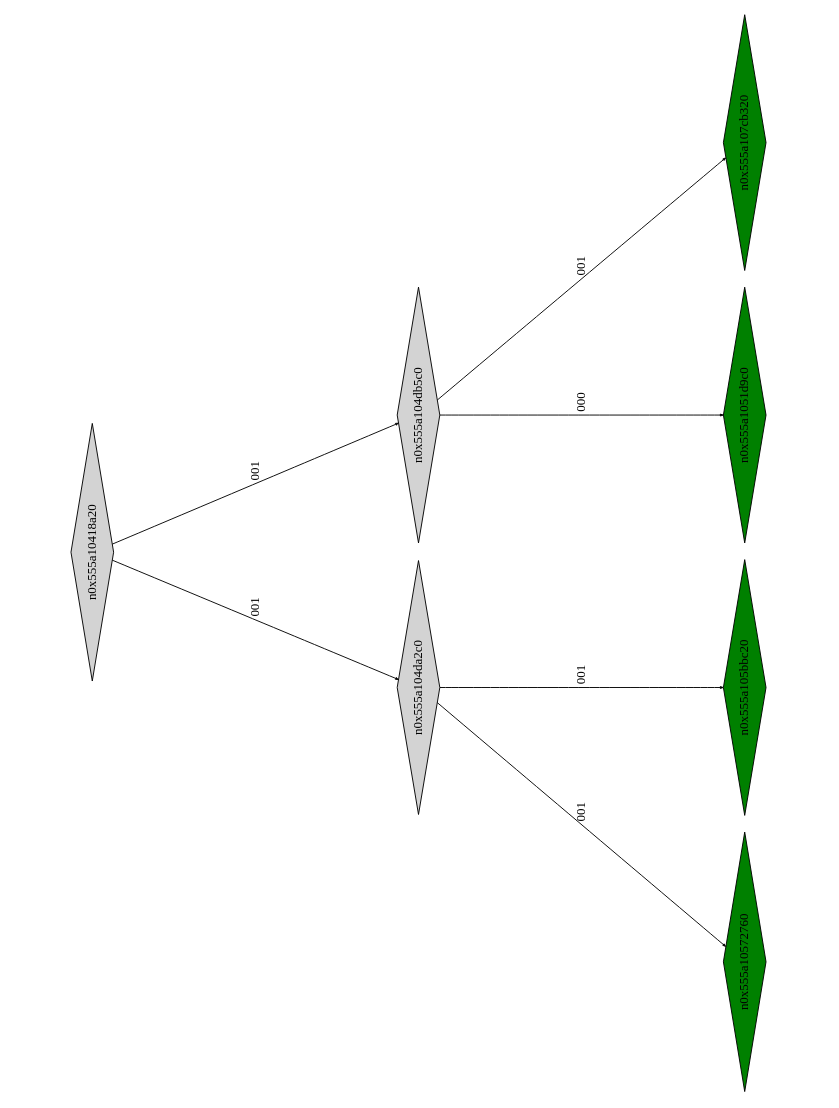
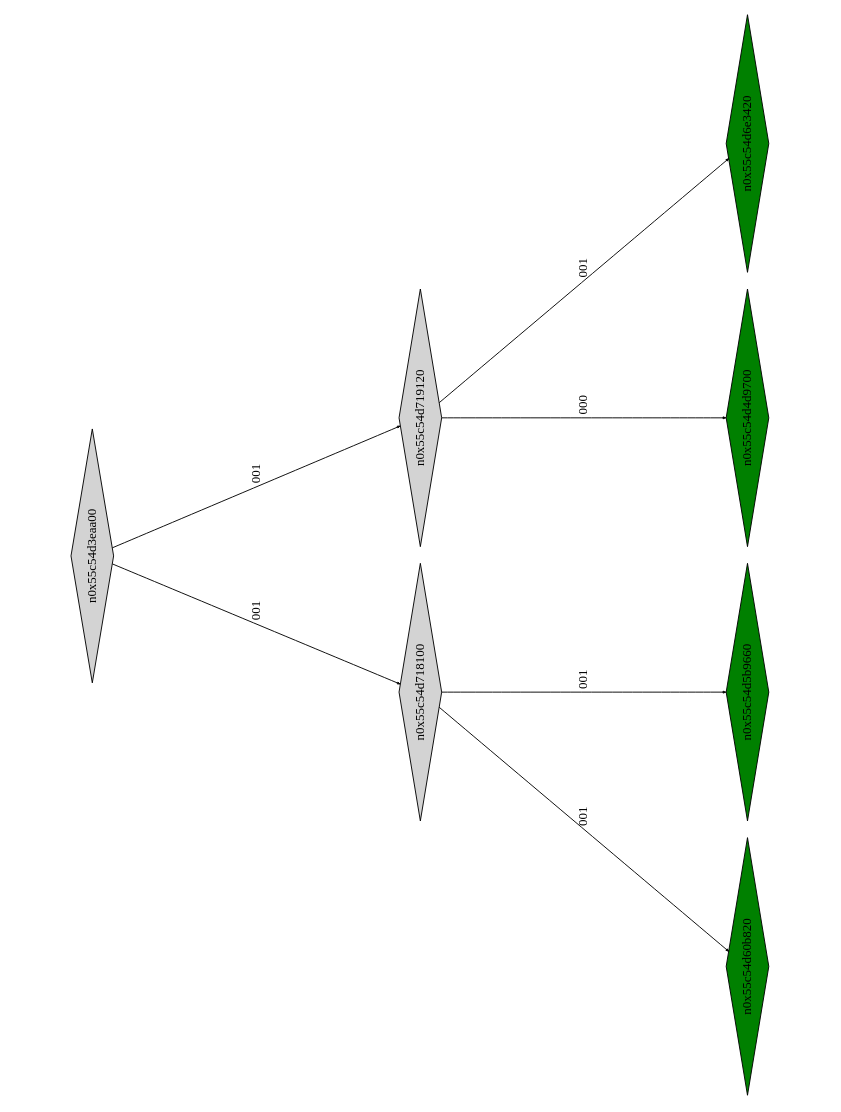
The diagram in example1_klee_out/ptree_00000234.dot (Research-Tools-PAVT/PSE-Program-Examples), drawn with Graphviz before and after one commit. The commit also changed 86 other files, not shown here.

```diff
--- a/example1_klee_out/ptree_00000234.dot
+++ b/example1_klee_out/ptree_00000234.dot
@@ -1,21 +1,21 @@
 digraph G {
 	size="10,7.5";
 	ratio=fill;
 	rotate=90;
 	center = "true";
 	node [style="filled",width=.1,height=.1,fontname="Terminus"]
 	edge [arrowsize=.3]
-	n0x555a10418a20 [shape=diamond];
-	n0x555a10418a20 -> n0x555a104da2c0 [label=001];
-	n0x555a10418a20 -> n0x555a104db5c0 [label=001];
-	n0x555a104db5c0 [shape=diamond];
-	n0x555a104db5c0 -> n0x555a1051d9c0 [label=000];
-	n0x555a104db5c0 -> n0x555a107cb320 [label=001];
-	n0x555a107cb320 [shape=diamond,fillcolor=green];
-	n0x555a1051d9c0 [shape=diamond,fillcolor=green];
-	n0x555a104da2c0 [shape=diamond];
-	n0x555a104da2c0 -> n0x555a10572760 [label=001];
-	n0x555a104da2c0 -> n0x555a105bbc20 [label=001];
-	n0x555a105bbc20 [shape=diamond,fillcolor=green];
-	n0x555a10572760 [shape=diamond,fillcolor=green];
+	n0x55c54d3eaa00 [shape=diamond];
+	n0x55c54d3eaa00 -> n0x55c54d718100 [label=001];
+	n0x55c54d3eaa00 -> n0x55c54d719120 [label=001];
+	n0x55c54d719120 [shape=diamond];
+	n0x55c54d719120 -> n0x55c54d4d9700 [label=000];
+	n0x55c54d719120 -> n0x55c54d6e3420 [label=001];
+	n0x55c54d6e3420 [shape=diamond,fillcolor=green];
+	n0x55c54d4d9700 [shape=diamond,fillcolor=green];
+	n0x55c54d718100 [shape=diamond];
+	n0x55c54d718100 -> n0x55c54d60b820 [label=001];
+	n0x55c54d718100 -> n0x55c54d5b9660 [label=001];
+	n0x55c54d5b9660 [shape=diamond,fillcolor=green];
+	n0x55c54d60b820 [shape=diamond,fillcolor=green];
 }
```
